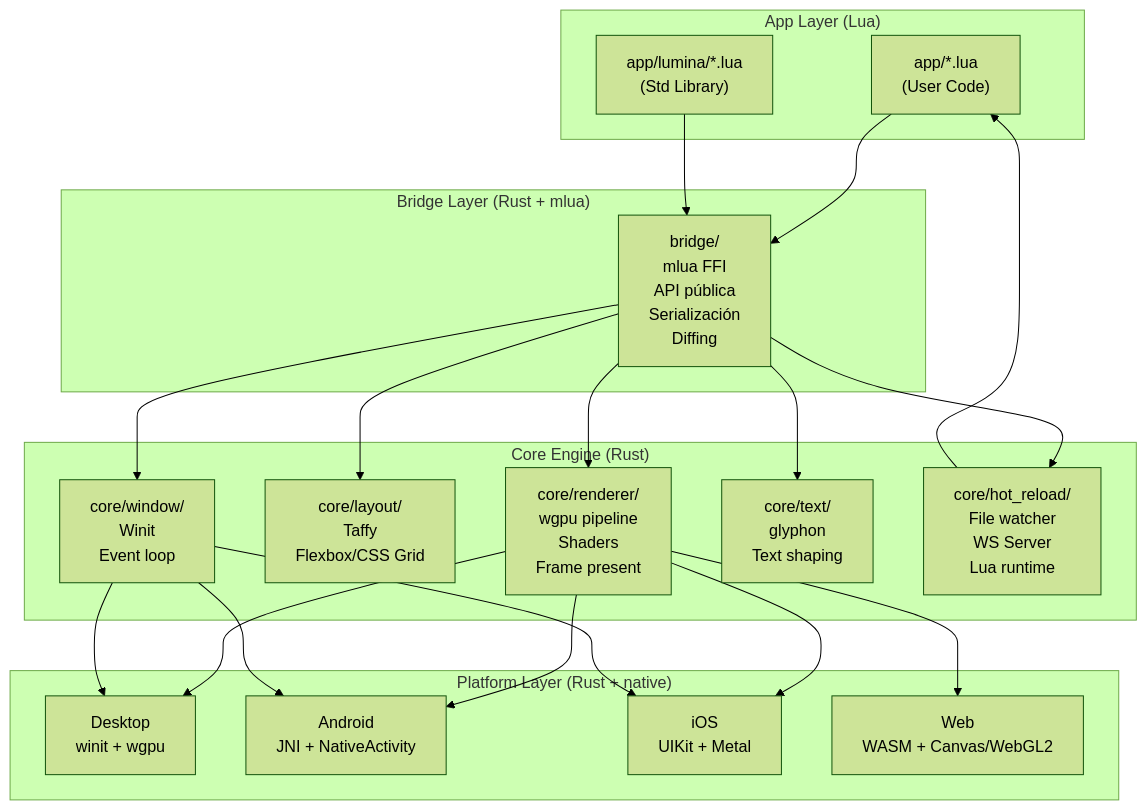
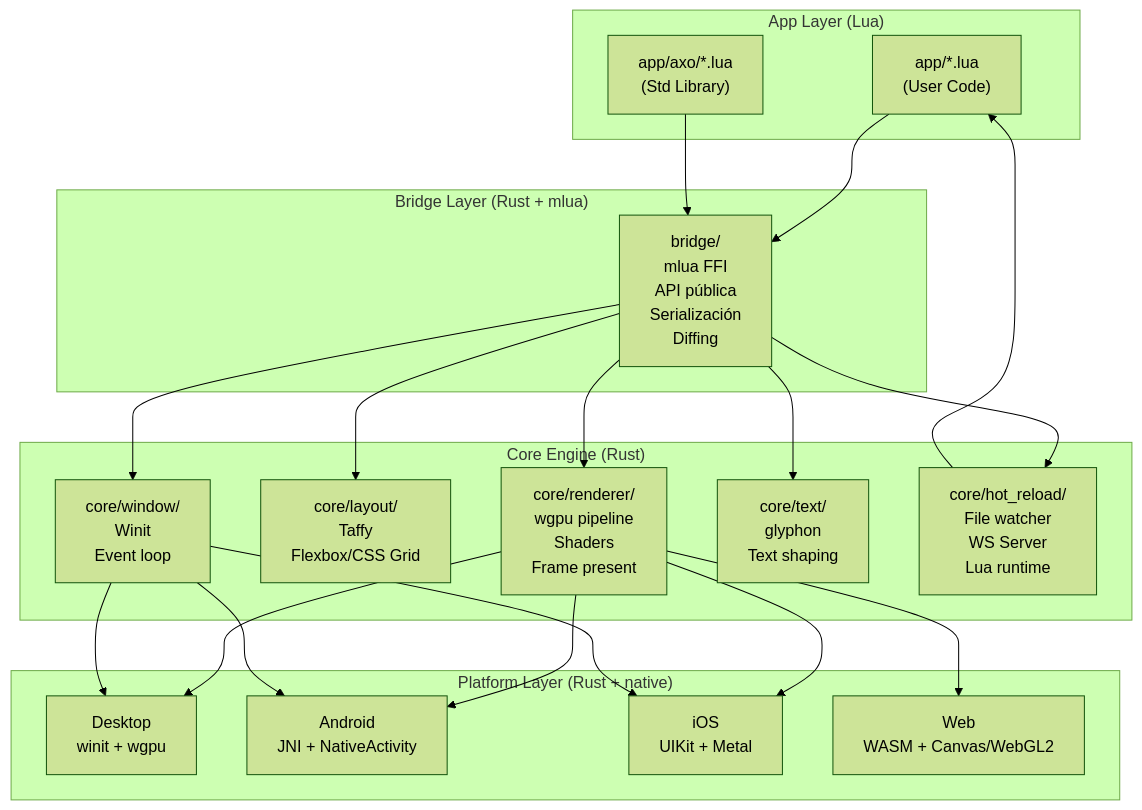
Before and after one commit to Erick-arch-bit/Axo-Framework: the diagram in docs/architecture.md, drawn with Mermaid (forest theme). The commit also changed other lines of this file and 32 other files, not shown here.

Commit message:
Rename framework from Lumina to Axo

````diff
--- a/docs/architecture.md
+++ b/docs/architecture.md
@@ -5,42 +5,42 @@
 ```mermaid
 graph TD
     subgraph "App Layer (Lua)"
         LU["app/*.lua\n(User Code)"]
-        LF["app/lumina/*.lua\n(Std Library)"]
+        LF["app/axo/*.lua\n(Std Library)"]
     end
 
     subgraph "Bridge Layer (Rust + mlua)"
         BR["bridge/\nmlua FFI\nAPI pública\nSerialización\nDiffing"]
     end
 
     subgraph "Core Engine (Rust)"
         RE["core/renderer/\nwgpu pipeline\nShaders\nFrame present"]
         LA["core/layout/\nTaffy\nFlexbox/CSS Grid"]
         WI["core/window/\nWinit\nEvent loop"]
         TX["core/text/\nglyphon\nText shaping"]
         HR["core/hot_reload/\nFile watcher\nWS Server\nLua runtime"]
     end
 
     subgraph "Platform Layer (Rust + native)"
         DE["Desktop\nwinit + wgpu"]
         AN["Android\nJNI + NativeActivity"]
         IO["iOS\nUIKit + Metal"]
         WE["Web\nWASM + Canvas/WebGL2"]
     end
 
     LU --> BR
     LF --> BR
     BR --> RE
     BR --> LA
     BR --> WI
     BR --> TX
     BR --> HR
     HR --> LU
     RE --> DE
     RE --> AN
     RE --> IO
     RE --> WE
     WI --> DE
     WI --> AN
     WI --> IO
 ```
````
